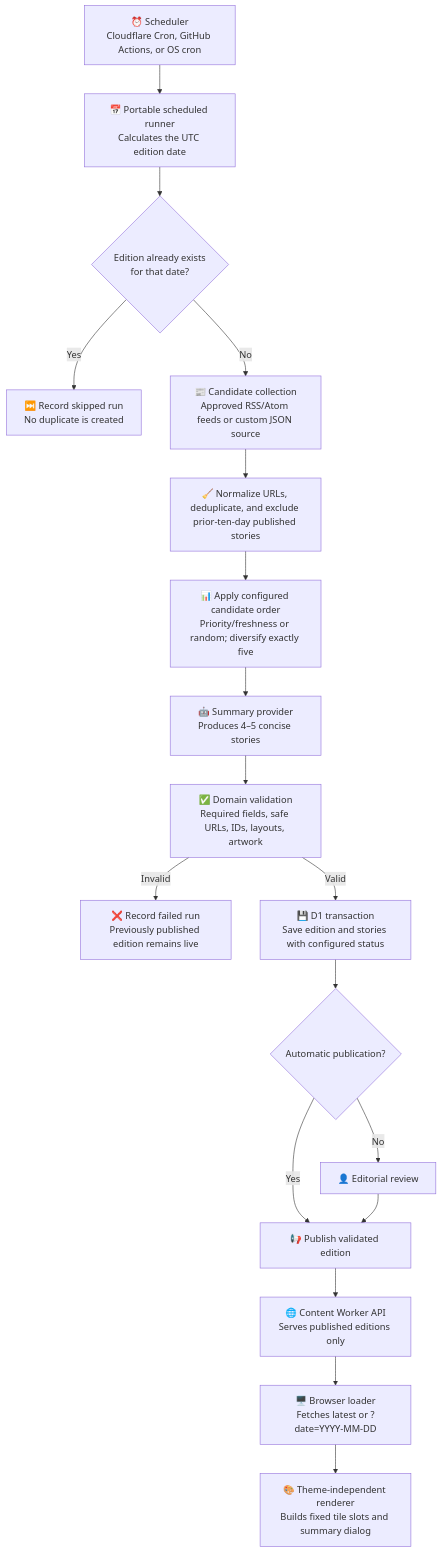
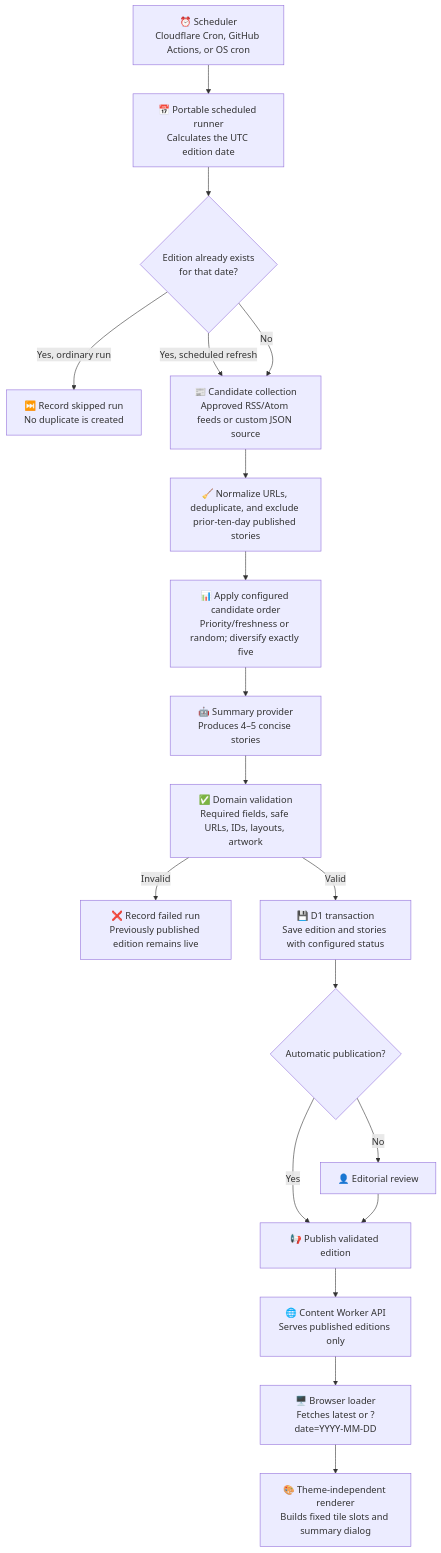
One commit to RadheCode/AINuggets changed the diagram in docs/CONTENT_ENGINE.md. Above: the diagram before and after it, drawn with Mermaid. The commit also changed other lines of this file and 17 other files, not shown here.

````diff
--- a/docs/CONTENT_ENGINE.md
+++ b/docs/CONTENT_ENGINE.md
@@ -18,22 +18,23 @@
 ```mermaid
 flowchart TD
     A["⏰ Scheduler\nCloudflare Cron, GitHub Actions, or OS cron"] --> B["📅 Portable scheduled runner\nCalculates the UTC edition date"]
     B --> C{"Edition already exists\nfor that date?"}
 
-    C -- "Yes" --> D["⏭️ Record skipped run\nNo duplicate is created"]
-    C -- "No" --> E["📰 Candidate collection\nApproved RSS/Atom feeds or custom JSON source"]
+        C -- "Yes, ordinary run" --> D["⏭️ Record skipped run\nNo duplicate is created"]
+        C -- "Yes, scheduled refresh" --> E
+        C -- "No" --> E["📰 Candidate collection\nApproved RSS/Atom feeds or custom JSON source"]
     E --> F["🧹 Normalize URLs, deduplicate, and exclude prior-ten-day published stories"]
     F --> G["📊 Apply configured candidate order\nPriority/freshness or random; diversify exactly five"]
     G --> H["🤖 Summary provider\nProduces 4–5 concise stories"]
     H --> I["✅ Domain validation\nRequired fields, safe URLs, IDs, layouts, artwork"]
 
     I -- "Invalid" --> J["❌ Record failed run\nPreviously published edition remains live"]
     I -- "Valid" --> K["💾 D1 transaction\nSave edition and stories with configured status"]
     K --> L{"Automatic publication?"}
     L -- "Yes" --> M["📢 Publish validated edition"]
     L -- "No" --> Q["👤 Editorial review"] --> M
 
     M --> N["🌐 Content Worker API\nServes published editions only"]
     N --> O["🖥️ Browser loader\nFetches latest or ?date=YYYY-MM-DD"]
     O --> P["🎨 Theme-independent renderer\nBuilds fixed tile slots and summary dialog"]
 ```
````
